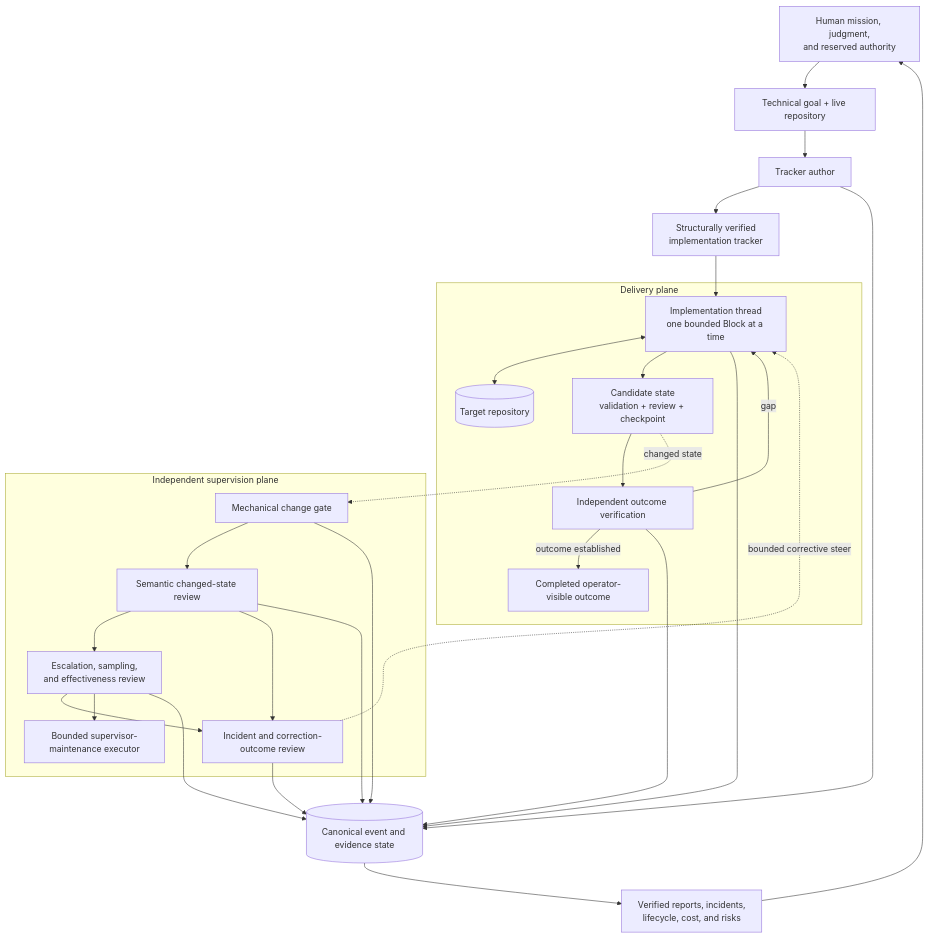
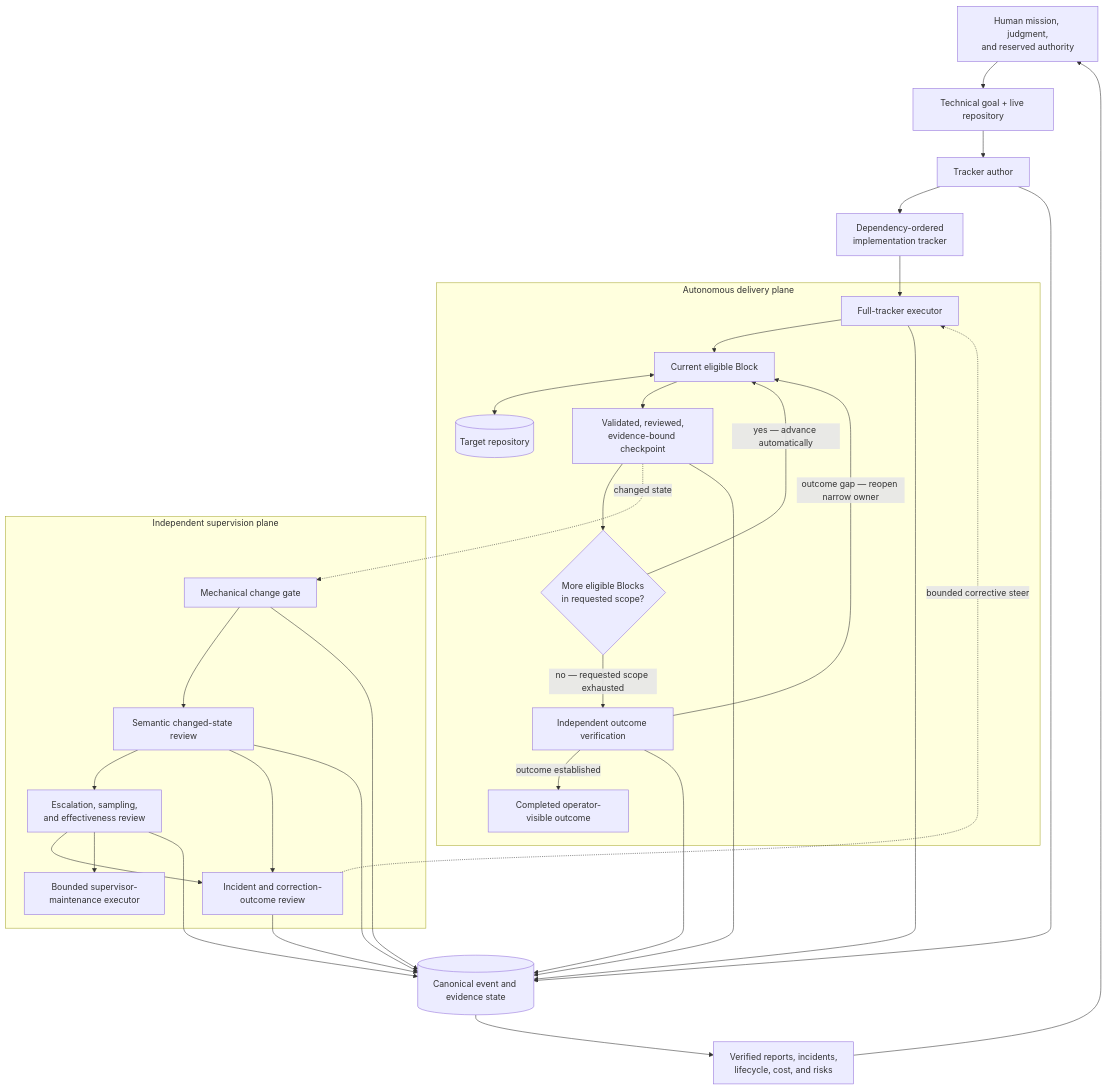
Before and after one commit to estill01/software-factory: the diagram in README.md, drawn with Mermaid. The commit also changed other lines of this file, not shown here.

````diff
--- a/README.md
+++ b/README.md
@@ -67,54 +80,60 @@
 ```mermaid
 flowchart TB
     H["Human mission, judgment,<br/>and reserved authority"]
     G["Technical goal + live repository"]
     A["Tracker author"]
-    T["Structurally verified<br/>implementation tracker"]
+    T["Dependency-ordered<br/>implementation tracker"]
 
-    subgraph DELIVERY["Delivery plane"]
-        I["Implementation thread<br/>one bounded Block at a time"]
+    subgraph DELIVERY["Autonomous delivery plane"]
+        E["Full-tracker executor"]
+        B["Current eligible Block"]
         R[(Target repository)]
-        C["Candidate state<br/>validation + review + checkpoint"]
+        C["Validated, reviewed,<br/>evidence-bound checkpoint"]
+        N{"More eligible Blocks<br/>in requested scope?"}
         O["Independent outcome verification"]
         D["Completed operator-visible outcome"]
     end
 
     subgraph SUPERVISION["Independent supervision plane"]
         W["Mechanical change gate"]
         X["Semantic changed-state review"]
         M["Escalation, sampling,<br/>and effectiveness review"]
         Q["Incident and correction-outcome review"]
         F["Bounded supervisor-maintenance executor"]
     end
 
     L[(Canonical event and evidence state)]
     P["Verified reports, incidents,<br/>lifecycle, cost, and risks"]
 
     H --> G
     G --> A
     A --> T
-    T --> I
-    I <--> R
-    I --> C
-    C --> O
-    O -->|gap| I
+    T --> E
+    E --> B
+    B <--> R
+    B --> C
+    C --> N
+    N -->|yes — advance automatically| B
+    N -->|no — requested scope exhausted| O
+    O -->|outcome gap — reopen narrow owner| B
     O -->|outcome established| D
 
     C -.->|changed state| W
     W --> X
     X --> M
     X --> Q
     M --> Q
     M --> F
-    Q -.->|bounded corrective steer| I
+    Q -.->|bounded corrective steer| E
 
     A --> L
-    I --> L
+    E --> L
+    C --> L
     W --> L
     X --> L
     M --> L
     Q --> L
     O --> L
     L --> P
     P --> H
 ```
````
